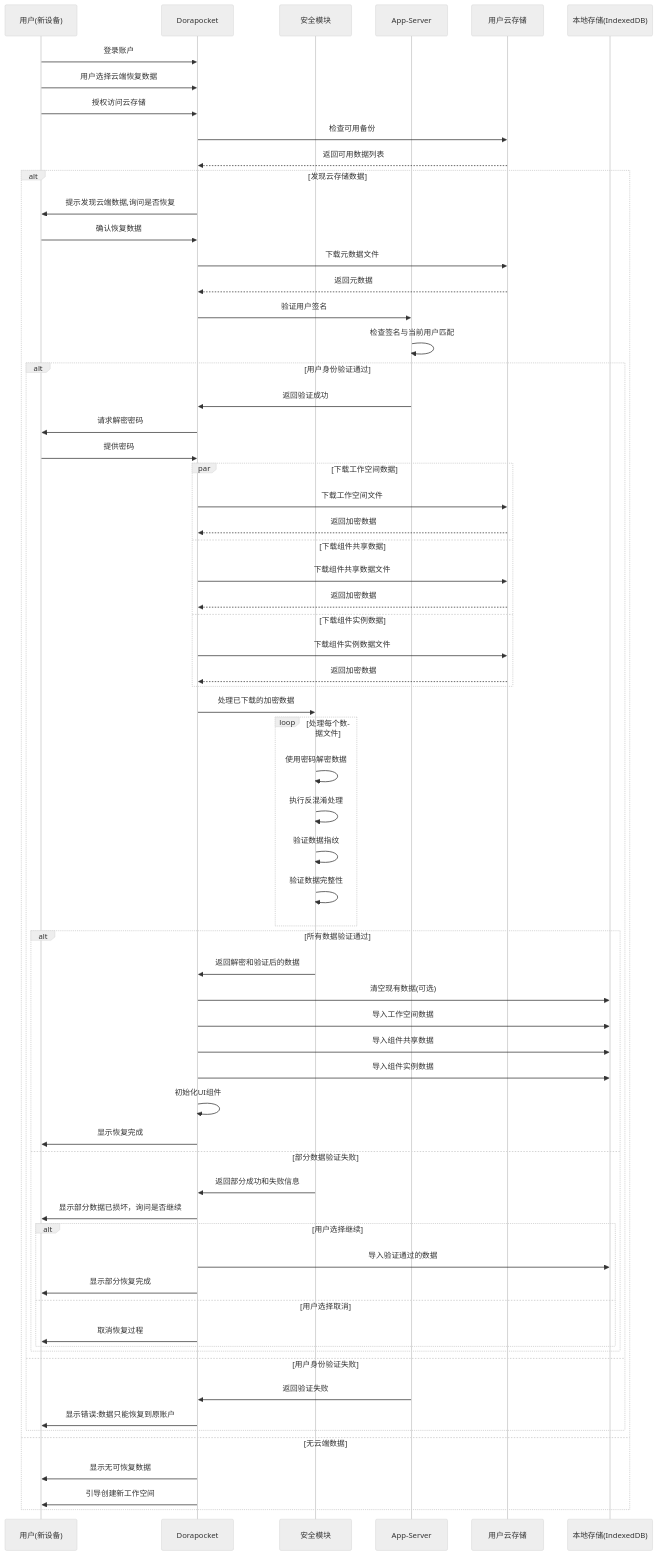
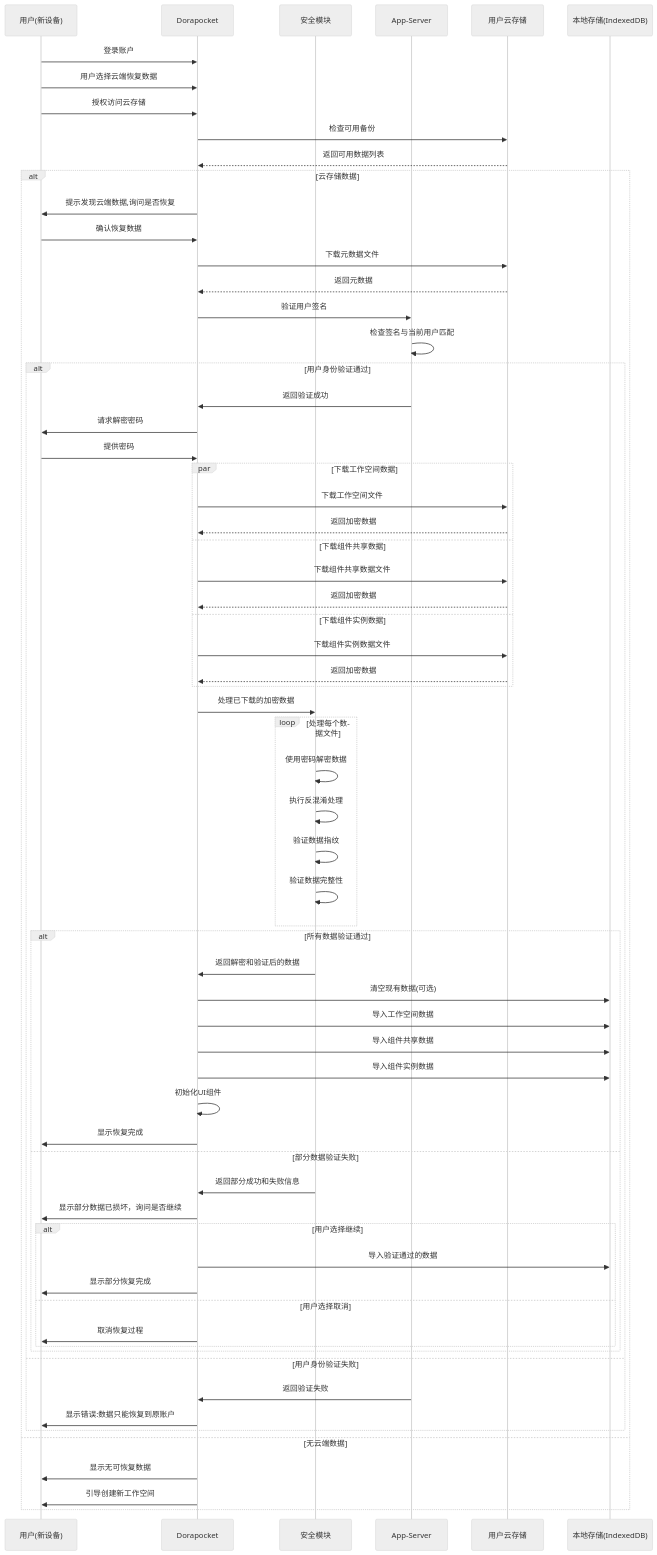
Before and after one commit to yingjianzh/iodraw-files: the diagram in all/未命名-34.md, drawn with Mermaid (neutral theme).

Commit message:
2025-04-17 17:07:25 update

````diff
--- a/all/未命名-34.md
+++ b/all/未命名-34.md
@@ -1,81 +1,81 @@
 ```mermaid
 sequenceDiagram
     participant User as 用户(新设备)
     participant App as Dorapocket
     participant Security as 安全模块
     participant AppServer as App-Server
     participant UserCloud as 用户云存储
     participant LocalDB as 本地存储(IndexedDB)
     
     User->>App: 登录账户
     User->>App: 用户选择云端恢复数据
     User->>App: 授权访问云存储
     
     App->>UserCloud: 检查可用备份
     UserCloud-->>App: 返回可用数据列表
     
-    alt 发现云存储数据
+    alt 云存储数据
         App->>User: 提示发现云端数据,询问是否恢复
         User->>App: 确认恢复数据
         
         App->>UserCloud: 下载元数据文件
         UserCloud-->>App: 返回元数据
         
         App->>AppServer: 验证用户签名
         AppServer->>AppServer: 检查签名与当前用户匹配
         
         alt 用户身份验证通过
             AppServer->>App: 返回验证成功
             
             App->>User: 请求解密密码
             User->>App: 提供密码
             
             par 下载工作空间数据
                 App->>UserCloud: 下载工作空间文件
                 UserCloud-->>App: 返回加密数据
             and 下载组件共享数据
                 App->>UserCloud: 下载组件共享数据文件
                 UserCloud-->>App: 返回加密数据
             and 下载组件实例数据
                 App->>UserCloud: 下载组件实例数据文件
                 UserCloud-->>App: 返回加密数据
             end
             
             App->>Security: 处理已下载的加密数据
             loop 处理每个数据文件
                 Security->>Security: 使用密码解密数据
                 Security->>Security: 执行反混淆处理
                 Security->>Security: 验证数据指纹
                 Security->>Security: 验证数据完整性
             end
             
             alt 所有数据验证通过
                 Security->>App: 返回解密和验证后的数据
                 
                 App->>LocalDB: 清空现有数据(可选)
                 App->>LocalDB: 导入工作空间数据
                 App->>LocalDB: 导入组件共享数据
                 App->>LocalDB: 导入组件实例数据
                 
                 App->>App: 初始化UI组件
                 App->>User: 显示恢复完成
             else 部分数据验证失败
                 Security->>App: 返回部分成功和失败信息
                 App->>User: 显示部分数据已损坏，询问是否继续
                 
                 alt 用户选择继续
                     App->>LocalDB: 导入验证通过的数据
                     App->>User: 显示部分恢复完成
                 else 用户选择取消
                     App->>User: 取消恢复过程
                 end
             end
         else 用户身份验证失败
             AppServer->>App: 返回验证失败
             App->>User: 显示错误:数据只能恢复到原账户
         end
     else 无云端数据
         App->>User: 显示无可恢复数据
         App->>User: 引导创建新工作空间
     end
 ```
````
